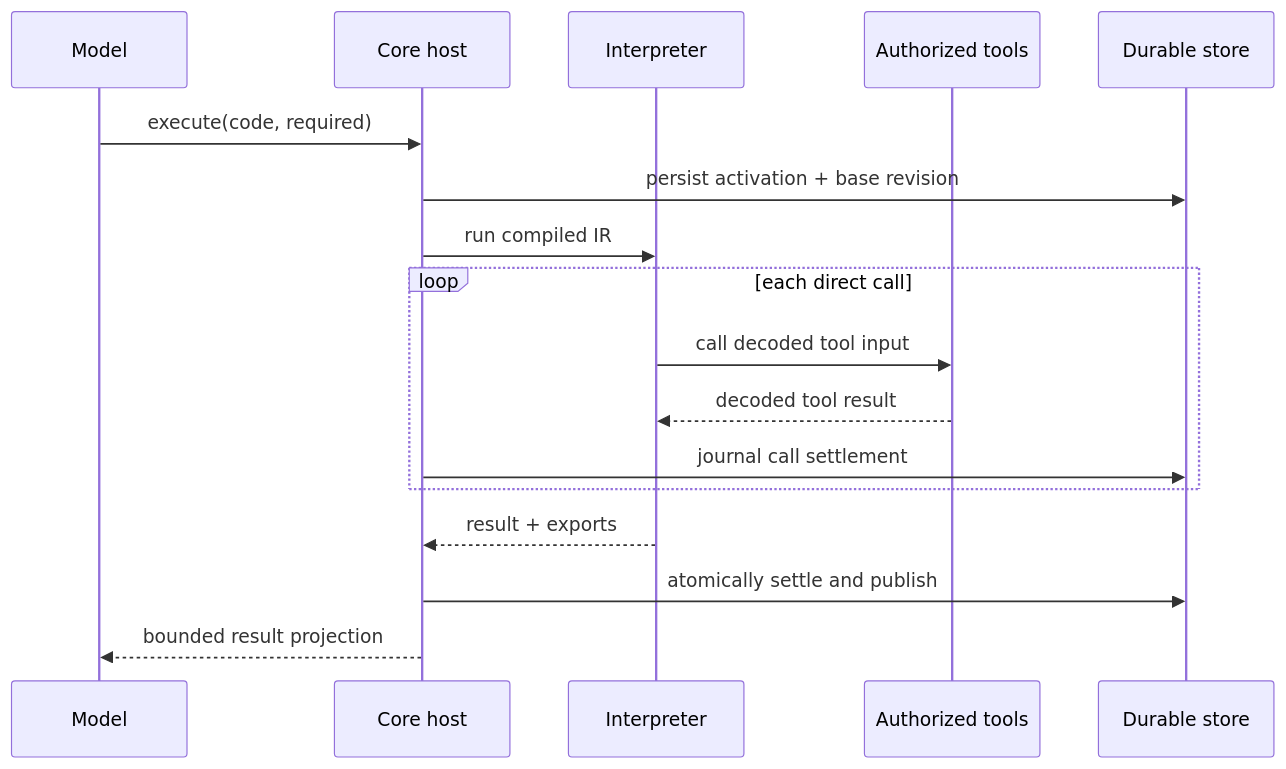
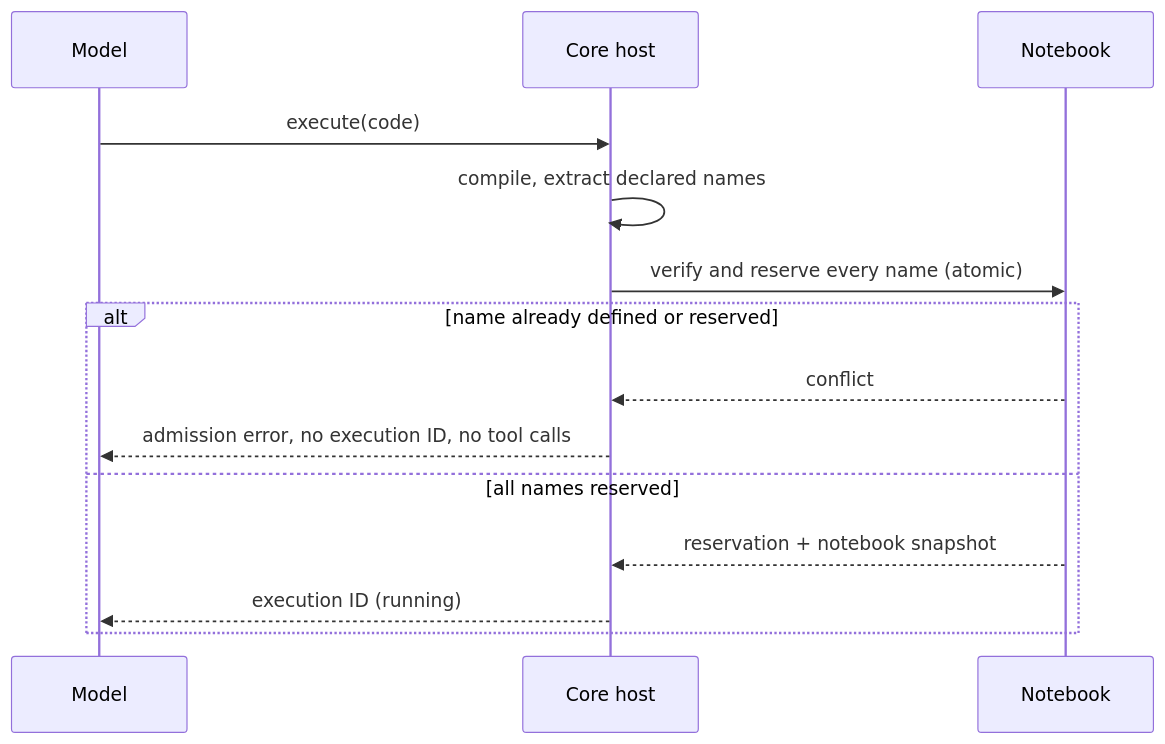
One commit to devagrawal09/ocpp changed the second of 3 diagrams in packages/codemode/interpreter-support.md. Above: the diagram before and after it, drawn with Mermaid. The commit also changed other lines of this file and 4 other files, not shown here.

````diff
--- a/packages/codemode/interpreter-support.md
+++ b/packages/codemode/interpreter-support.md
@@ -119,20 +143,17 @@
 ```mermaid
 sequenceDiagram
     participant M as Model
     participant C as Core host
-    participant I as Interpreter
-    participant T as Authorized tools
-    participant D as Durable store
+    participant N as Notebook
 
-    M->>C: execute(code, required)
-    C->>D: persist activation + base revision
-    C->>I: run compiled IR
-    loop each direct call
-        I->>T: call decoded tool input
-        T-->>I: decoded tool result
-        C->>D: journal call settlement
+    M->>C: execute(code)
+    C->>C: compile, extract declared names
+    C->>N: verify and reserve every name (atomic)
+    alt name already defined or reserved
+        N-->>C: conflict
+        C-->>M: admission error, no execution ID, no tool calls
+    else all names reserved
+        N-->>C: reservation + notebook snapshot
+        C-->>M: execution ID (running)
     end
-    I-->>C: result + exports
-    C->>D: atomically settle and publish
-    C-->>M: bounded result projection
 ```
````
